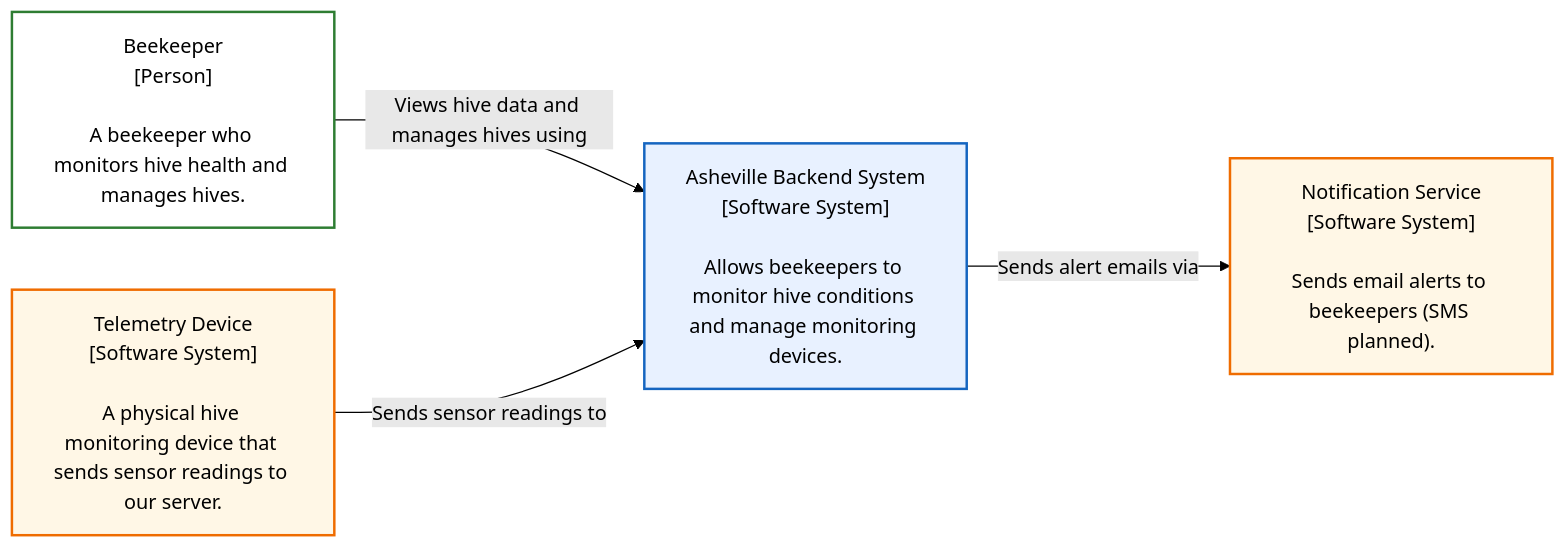
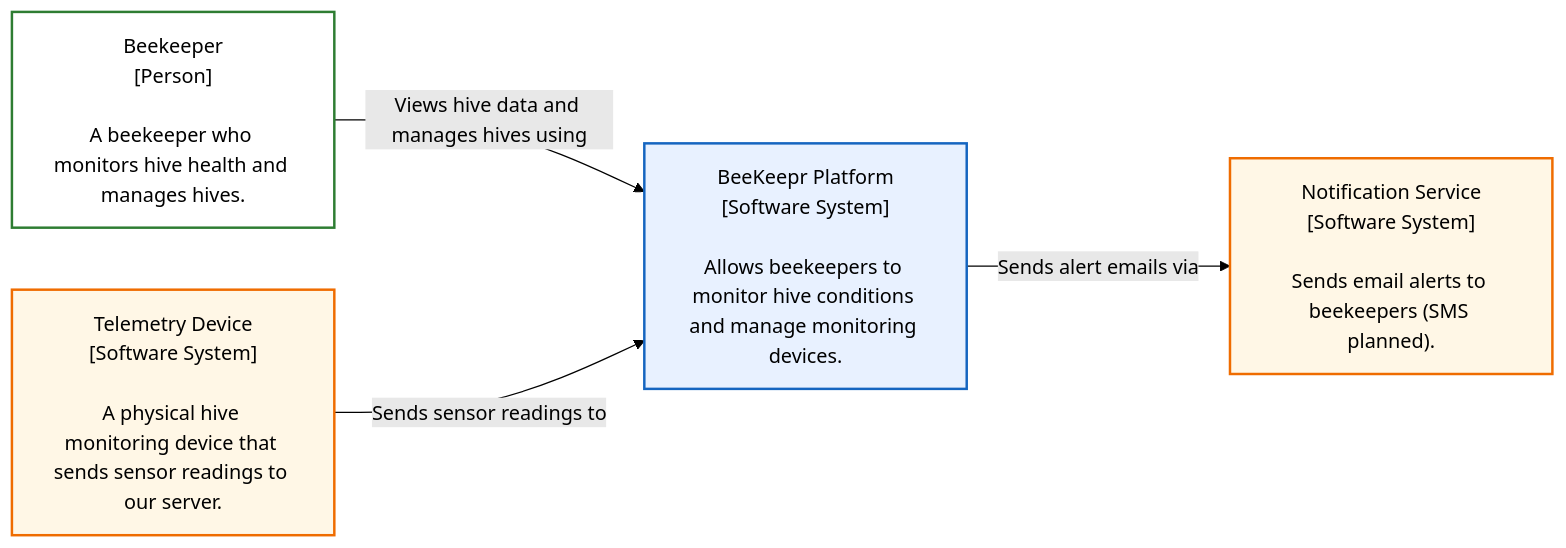
The diagram in backend/docs/c4_context_diagram.mmd (austinjclifton/BeeKeepr), drawn with Mermaid (forest theme) before and after one commit. The commit also changed 104 other files, not shown here.

```diff
--- a/backend/docs/c4_context_diagram.mmd
+++ b/backend/docs/c4_context_diagram.mmd
@@ -1,28 +1,28 @@
 flowchart LR
   classDef person fill:#ffffff,stroke:#2e7d32,stroke-width:2px;
   classDef system fill:#e8f1ff,stroke:#1565c0,stroke-width:2px;
   classDef external fill:#fff7e6,stroke:#ef6c00,stroke-width:2px;
 
   BEEKEEPER["Beekeeper
 [Person]
 
 A beekeeper who monitors hive health and manages hives."]:::person
 
-  SYSTEM["Asheville Backend System
+  SYSTEM["BeeKeepr Platform
 [Software System]
 
 Allows beekeepers to monitor hive conditions and manage monitoring devices."]:::system
 
   DEVICE["Telemetry Device
 [Software System]
 
 A physical hive monitoring device that sends sensor readings to our server."]:::external
 
   NOTIFY["Notification Service
 [Software System]
 
 Sends email alerts to beekeepers (SMS planned)."]:::external
 
   BEEKEEPER -->|Views hive data and manages hives using| SYSTEM
   DEVICE -->|Sends sensor readings to| SYSTEM
   SYSTEM -->|Sends alert emails via| NOTIFY
```
